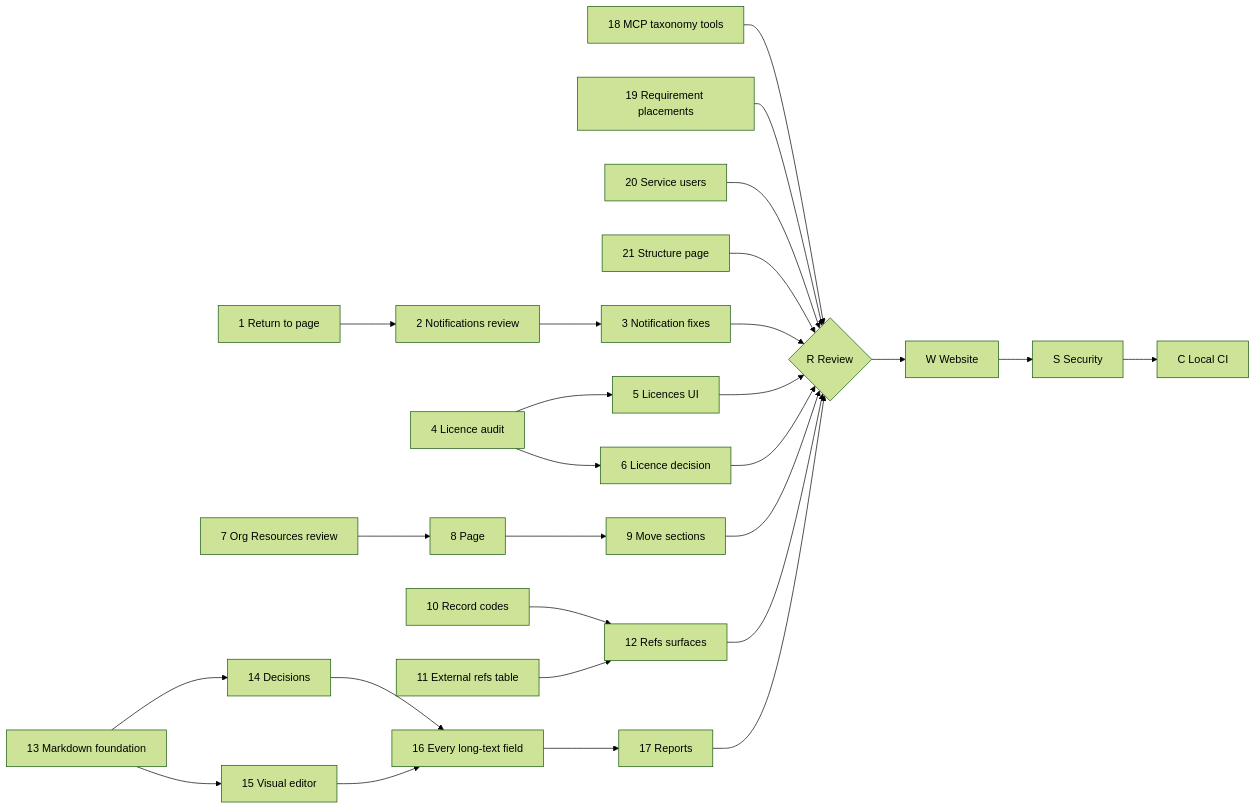
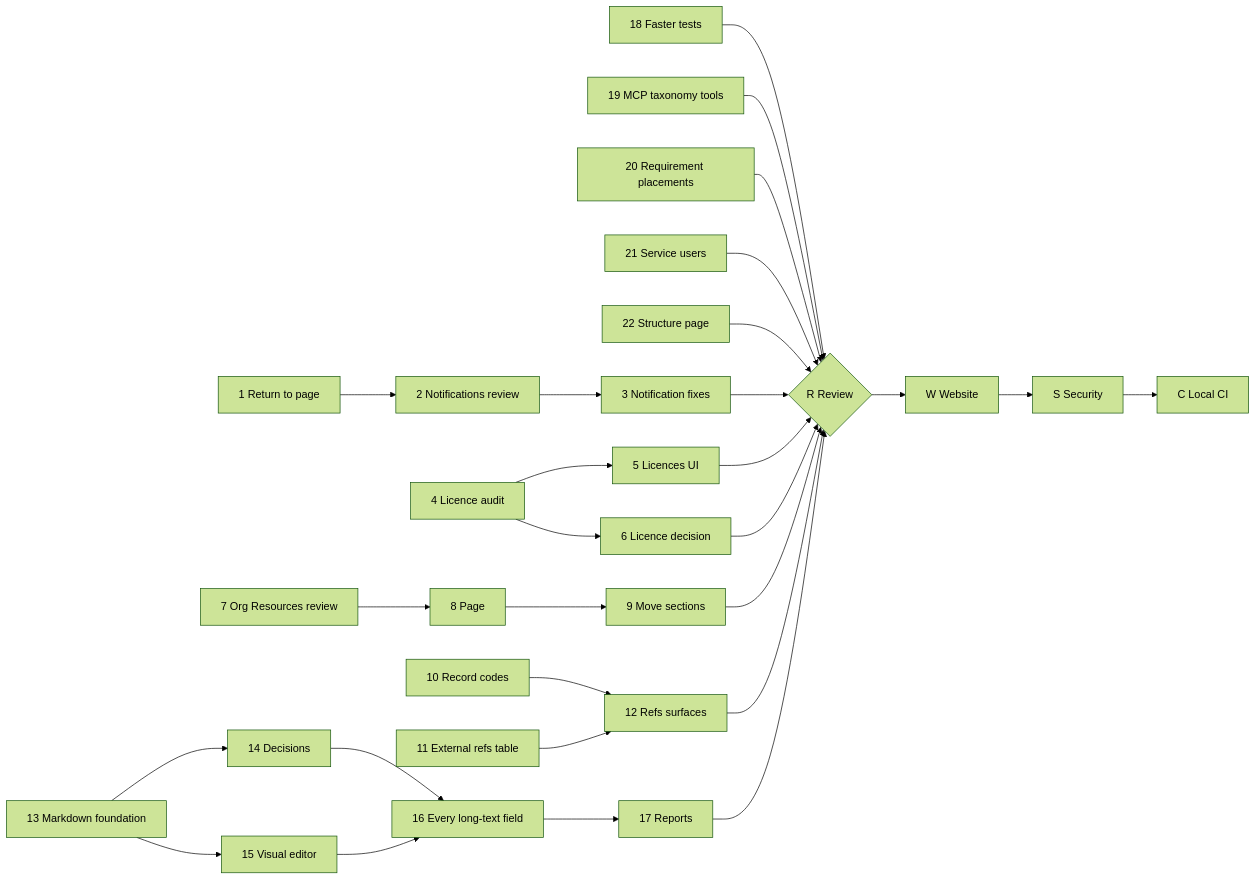
Before and after one commit to ballardr/reqtrackmanager: the diagram in docs/plans/platform-review-2026-11-19-plan.md, drawn with Mermaid (forest theme). The commit also changed other lines of this file and 58 other files, not shown here.

Commit message:
Phase 17 - Markdown and diagrams in reports and exports

````diff
--- a/docs/plans/platform-review-2026-11-19-plan.md
+++ b/docs/plans/platform-review-2026-11-19-plan.md
@@ -39,26 +40,27 @@
 ```mermaid
 flowchart LR
     P1["1 Return to page"] --> P2["2 Notifications review"]
     P2 --> P3["3 Notification fixes"]
     P4["4 Licence audit"] --> P5["5 Licences UI"]
     P4 --> P6["6 Licence decision"]
     P7["7 Org Resources review"] --> P8["8 Page"] --> P9["9 Move sections"]
     P10["10 Record codes"] --> P12["12 Refs surfaces"]
     P11["11 External refs table"] --> P12
     P13["13 Markdown foundation"] --> P14["14 Decisions"]
     P13 --> P15["15 Visual editor"]
     P14 --> P16["16 Every long-text field"]
     P15 --> P16
     P16 --> P17["17 Reports"]
-    P18["18 MCP taxonomy tools"] --> R
-    P19["19 Requirement placements"] --> R
-    P20["20 Service users"] --> R
-    P21["21 Structure page"] --> R
+    P18["18 Faster tests"] --> R
+    P19["19 MCP taxonomy tools"] --> R
+    P20["20 Requirement placements"] --> R
+    P21["21 Service users"] --> R
+    P22["22 Structure page"] --> R
     P3 --> R{"R Review"}
     P5 --> R
     P6 --> R
     P9 --> R
     P12 --> R
     P17 --> R
     R --> W["W Website"] --> S["S Security"] --> C["C Local CI"]
 ```
````
